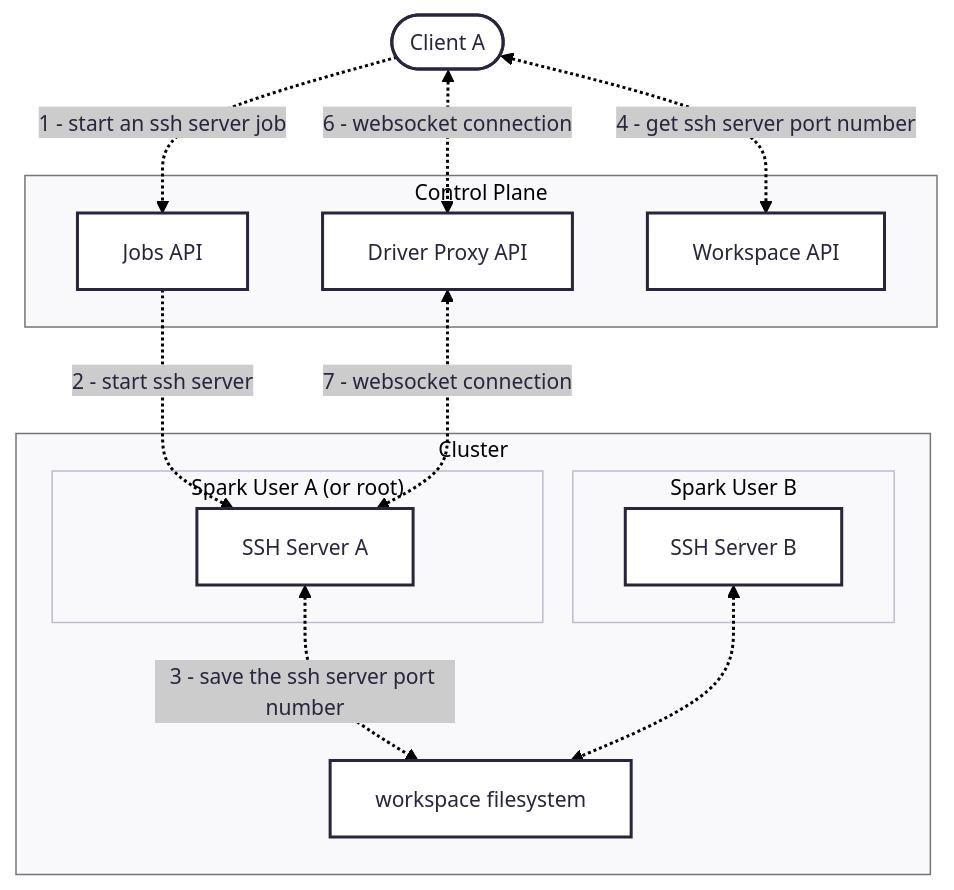
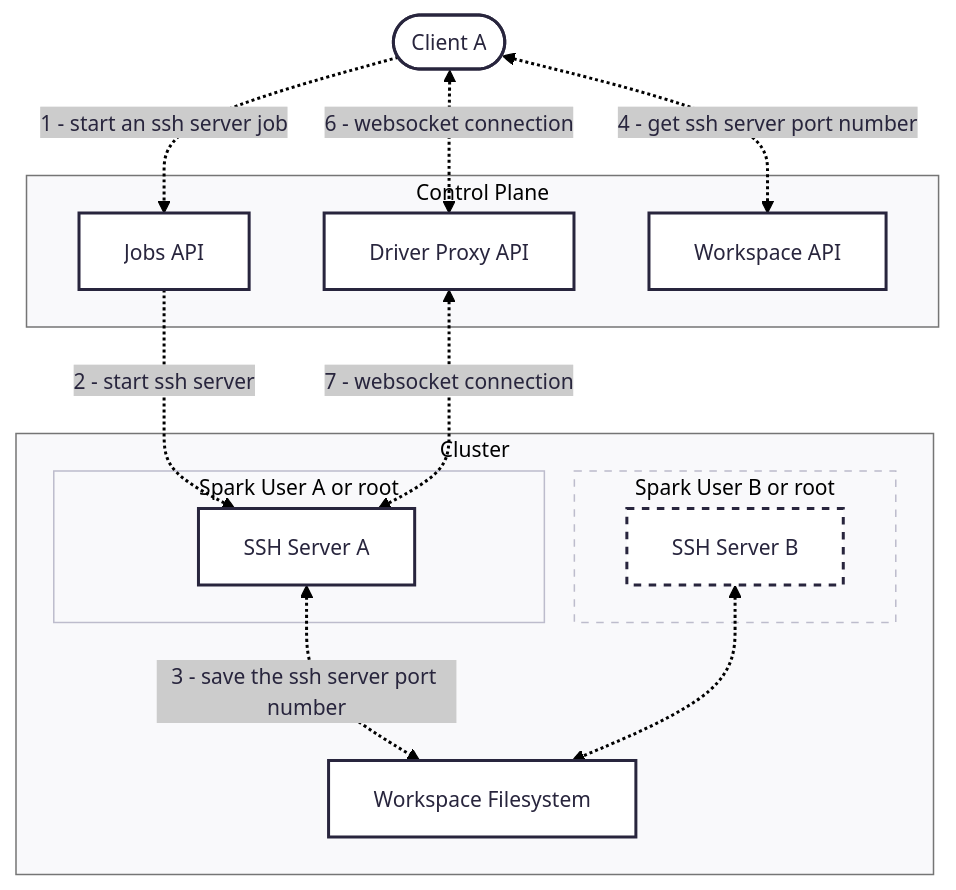
One commit to databricks/cli changed the first of 2 diagrams in cmd/ssh/README.md. Above: the diagram before and after it, drawn with Mermaid.

Commit message:
Improve high level design diagram

````diff
--- a/cmd/ssh/README.md
+++ b/cmd/ssh/README.md
@@ -29,34 +29,36 @@
 ```mermaid
 ---
 config:
   theme: redux
   layout: dagre
 ---
 flowchart TD
  n1(["Client A"])
  subgraph s1["Control Plane"]
         n3["Jobs API"]
         n2["Driver Proxy API"]
         n11["Workspace API"]
   end
- subgraph s3["Spark User A (or root)"]
+ subgraph s3["Spark User A or root"]
         n4["SSH Server A"]
   end
- subgraph s4["Spark User B"]
+ subgraph s4["Spark User B or root"]
         n6["SSH Server B"]
   end
  subgraph s2["Cluster"]
         s3
         s4
-        n12["workspace filesystem"]
+        n12["Workspace Filesystem"]
   end
     n1 -. "1 - start an ssh server job" .-> n3
     n3 -. "2 - start ssh server" .-> n4
     n4 <-. "3 - save the ssh server port number" .-> n12
     n1 <-. "4 - get ssh server port number" .-> n11
     n1 <-. "6 - websocket connection" .-> n2
     n2 <-. "7 - websocket connection" .-> n4
     n6 <-.-> n12
     style s2 stroke:#757575
     style s1 stroke:#757575
+    style s4 stroke-dasharray: 5 5
+    style n6 stroke-dasharray: 5 5
 ```
````
